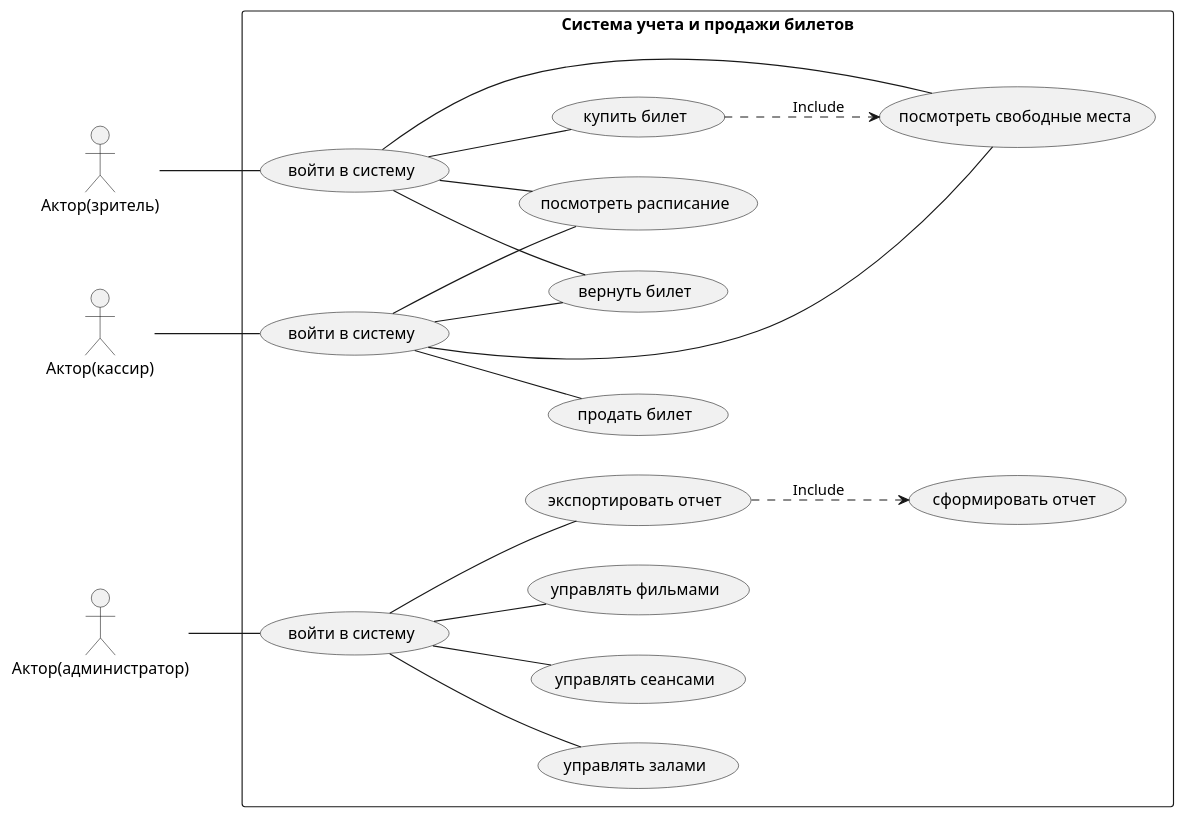
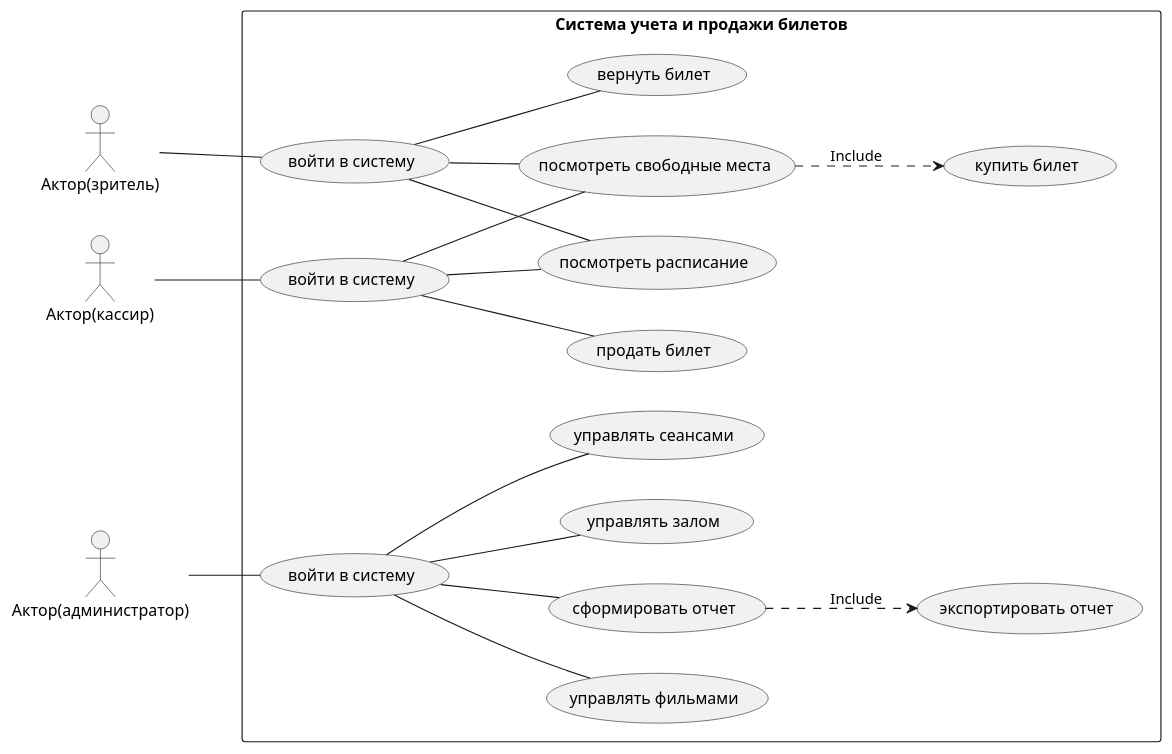
Before and after one commit to 4dmif/CinemaTickets: the diagram in docs/diagrams/usecase.puml, drawn with PlantUML.

Commit message:
update Usecase

```diff
--- a/docs/diagrams/usecase.puml
+++ b/docs/diagrams/usecase.puml
@@ -1,47 +1,45 @@
 @startuml `Usecase
 
 left to right direction
 skinparam packageStyle rectangle
 
 actor "Актор(зритель)" as User
 actor "Актор(кассир)" as Cashier
 actor "Актор(администратор)" as Admin
 
 package "Система учета и продажи билетов" {
   usecase "войти в систему" as UC_Login2
   usecase "войти в систему" as UC_Login1
   usecase "войти в систему" as UC_Login
   usecase "купить билет" as UC_Buy
   usecase "вернуть билет" as UC_Return
   usecase "посмотреть расписание" as UC_Schedule
   usecase "посмотреть свободные места" as UC_Seats
   usecase "продать билет" as UC_Sell
-  usecase "управлять залами" as UC_Stock
+  usecase "управлять залом" as UC_Stock
   usecase "управлять сеансами" as UC_Sessions
   usecase "управлять фильмами" as UC_Films
   usecase "экспортировать отчет" as UC_Export
   usecase "сформировать отчет" as UC_Report
 }
 
 User -- UC_Login
-UC_Login -- UC_Buy
 UC_Login -- UC_Return
 UC_Login -- UC_Schedule
 UC_Login -- UC_Seats
 
 Cashier -- UC_Login1
 UC_Login1 -- UC_Sell
-UC_Login1 -- UC_Return
 UC_Login1 -- UC_Schedule
 UC_Login1 -- UC_Seats
 
 Admin -- UC_Login2
 UC_Login2 -- UC_Stock
 UC_Login2 -- UC_Sessions
 UC_Login2 -- UC_Films
-UC_Login2 -- UC_Export
+UC_Login2 -- UC_Report
 
-UC_Buy ..> UC_Seats : Include
-UC_Export ..> UC_Report : Include
+UC_Seats ..> UC_Buy : Include
+UC_Report ..> UC_Export : Include
 
 @enduml
```
